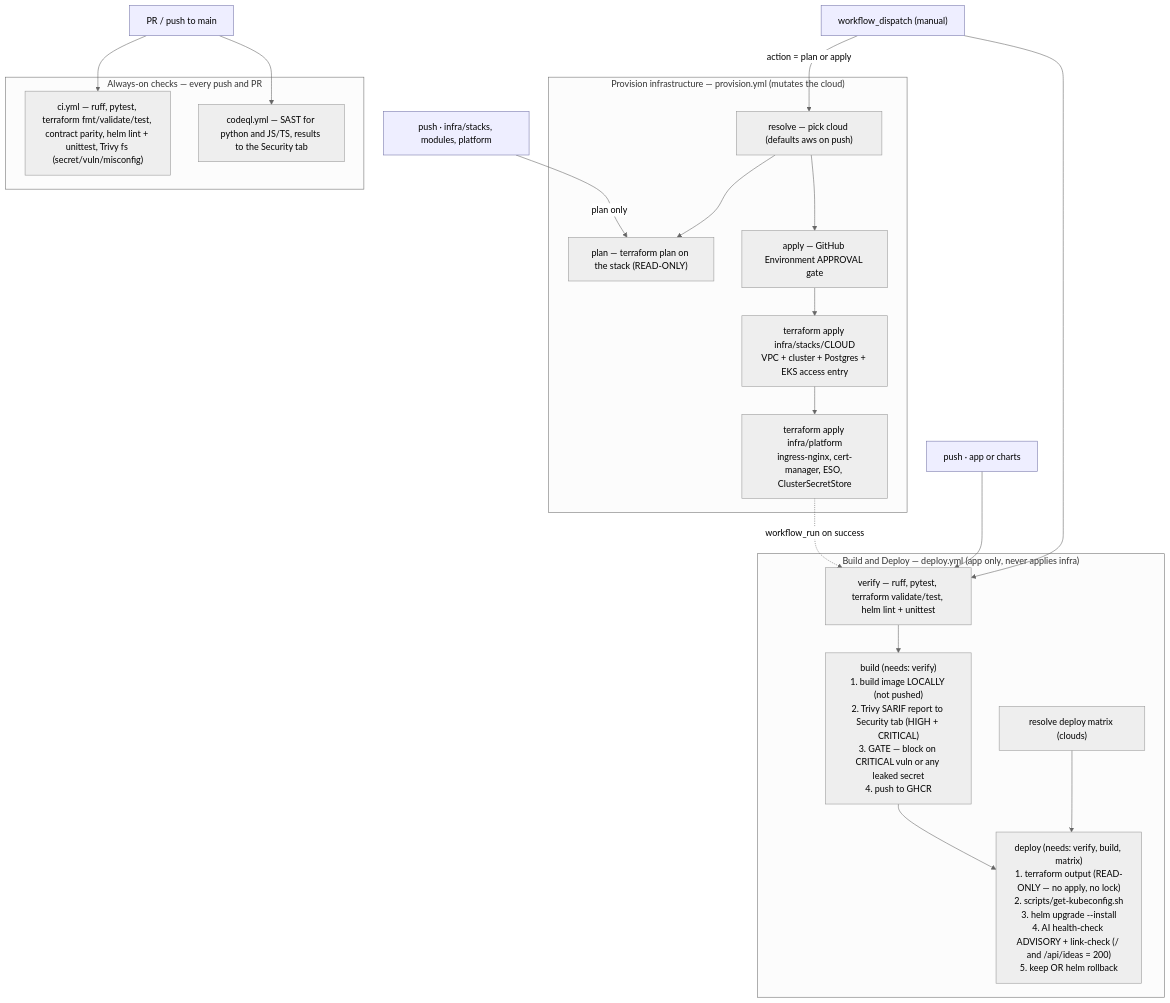
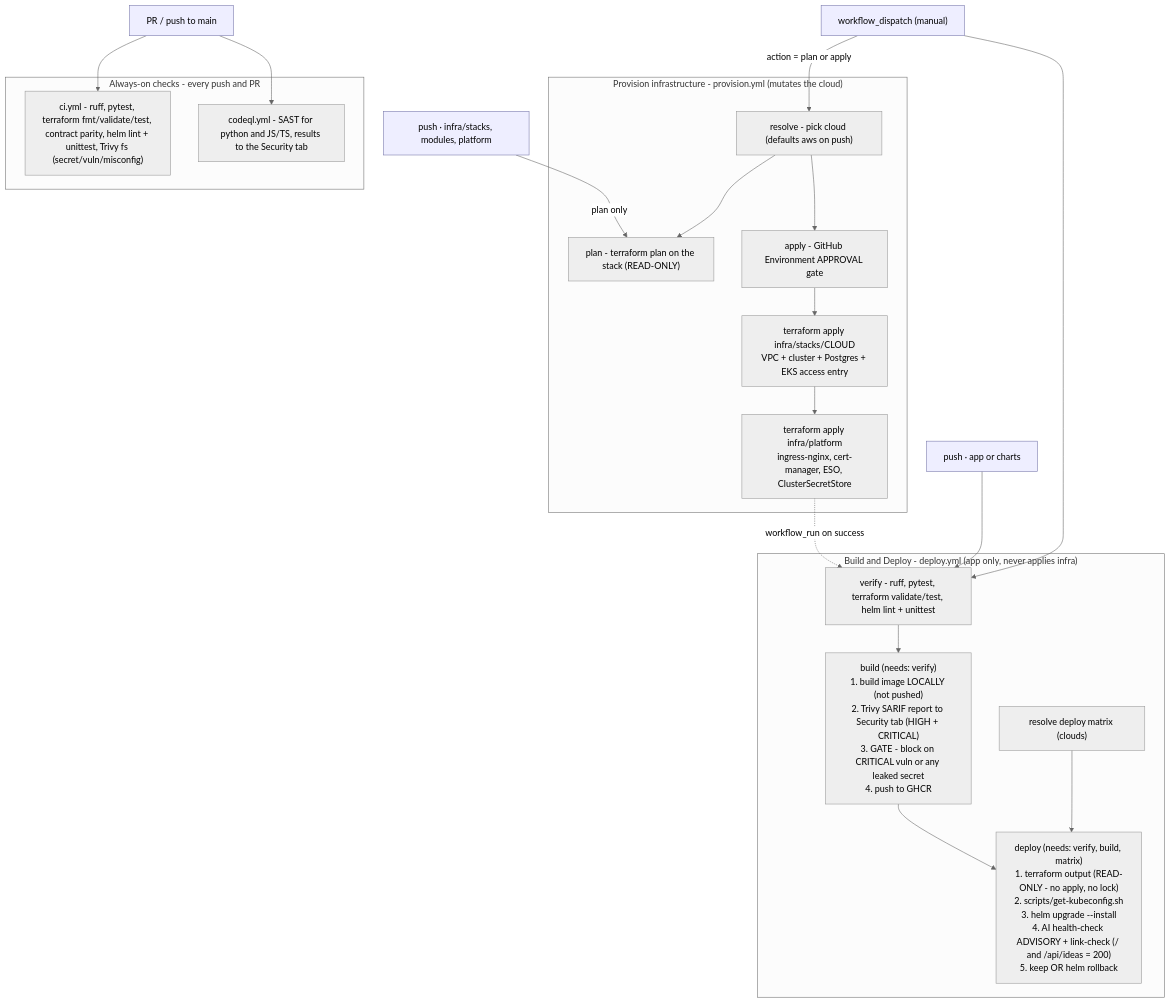
Before and after one commit to Deepak275/idea-board: the diagram in README.md, drawn with Mermaid (neutral theme). The commit also changed other lines of this file, not shown here.

````diff
--- a/README.md
+++ b/README.md
@@ -345,41 +350,41 @@
 ```mermaid
 flowchart TD
     prMain["PR / push to main"]:::t
     pInfra["push · infra/stacks, modules, platform"]:::t
     pApp["push · app or charts"]:::t
     disp["workflow_dispatch (manual)"]:::t
 
-    subgraph ALWAYS["Always-on checks — every push and PR"]
-        ci["ci.yml — ruff, pytest, terraform fmt/validate/test, contract parity, helm lint + unittest, Trivy fs (secret/vuln/misconfig)"]
-        cq["codeql.yml — SAST for python and JS/TS, results to the Security tab"]
+    subgraph ALWAYS["Always-on checks - every push and PR"]
+        ci["ci.yml - ruff, pytest, terraform fmt/validate/test, contract parity, helm lint + unittest, Trivy fs (secret/vuln/misconfig)"]
+        cq["codeql.yml - SAST for python and JS/TS, results to the Security tab"]
     end
     prMain --> ci
     prMain --> cq
 
-    subgraph PROV["Provision infrastructure — provision.yml (mutates the cloud)"]
-        pRes["resolve — pick cloud (defaults aws on push)"]
-        pPlan["plan — terraform plan on the stack (READ-ONLY)"]
-        pApply["apply — GitHub Environment APPROVAL gate"]
+    subgraph PROV["Provision infrastructure - provision.yml (mutates the cloud)"]
+        pRes["resolve - pick cloud (defaults aws on push)"]
+        pPlan["plan - terraform plan on the stack (READ-ONLY)"]
+        pApply["apply - GitHub Environment APPROVAL gate"]
         pStack["terraform apply infra/stacks/CLOUD<br/>VPC + cluster + Postgres + EKS access entry"]
         pAdd["terraform apply infra/platform<br/>ingress-nginx, cert-manager, ESO, ClusterSecretStore"]
         pRes --> pPlan
         pRes --> pApply
         pApply --> pStack --> pAdd
     end
     pInfra -->|plan only| pPlan
     disp -->|action = plan or apply| pRes
 
-    subgraph DEP["Build and Deploy — deploy.yml (app only, never applies infra)"]
-        dVer["verify — ruff, pytest, terraform validate/test, helm lint + unittest"]
-        dBuild["build (needs: verify)<br/>1. build image LOCALLY (not pushed)<br/>2. Trivy SARIF report to Security tab (HIGH + CRITICAL)<br/>3. GATE — block on CRITICAL vuln or any leaked secret<br/>4. push to GHCR"]
+    subgraph DEP["Build and Deploy - deploy.yml (app only, never applies infra)"]
+        dVer["verify - ruff, pytest, terraform validate/test, helm lint + unittest"]
+        dBuild["build (needs: verify)<br/>1. build image LOCALLY (not pushed)<br/>2. Trivy SARIF report to Security tab (HIGH + CRITICAL)<br/>3. GATE - block on CRITICAL vuln or any leaked secret<br/>4. push to GHCR"]
         dMat["resolve deploy matrix (clouds)"]
-        dDep["deploy (needs: verify, build, matrix)<br/>1. terraform output (READ-ONLY — no apply, no lock)<br/>2. scripts/get-kubeconfig.sh<br/>3. helm upgrade --install<br/>4. AI health-check ADVISORY + link-check (/ and /api/ideas = 200)<br/>5. keep OR helm rollback"]
+        dDep["deploy (needs: verify, build, matrix)<br/>1. terraform output (READ-ONLY - no apply, no lock)<br/>2. scripts/get-kubeconfig.sh<br/>3. helm upgrade --install<br/>4. AI health-check ADVISORY + link-check (/ and /api/ideas = 200)<br/>5. keep OR helm rollback"]
         dVer --> dBuild --> dDep
         dMat --> dDep
     end
     pApp --> dVer
     disp --> dVer
     pAdd -.->|workflow_run on success| dVer
 
     classDef t fill:#eef,stroke:#77a,color:#000;
 ```
````
